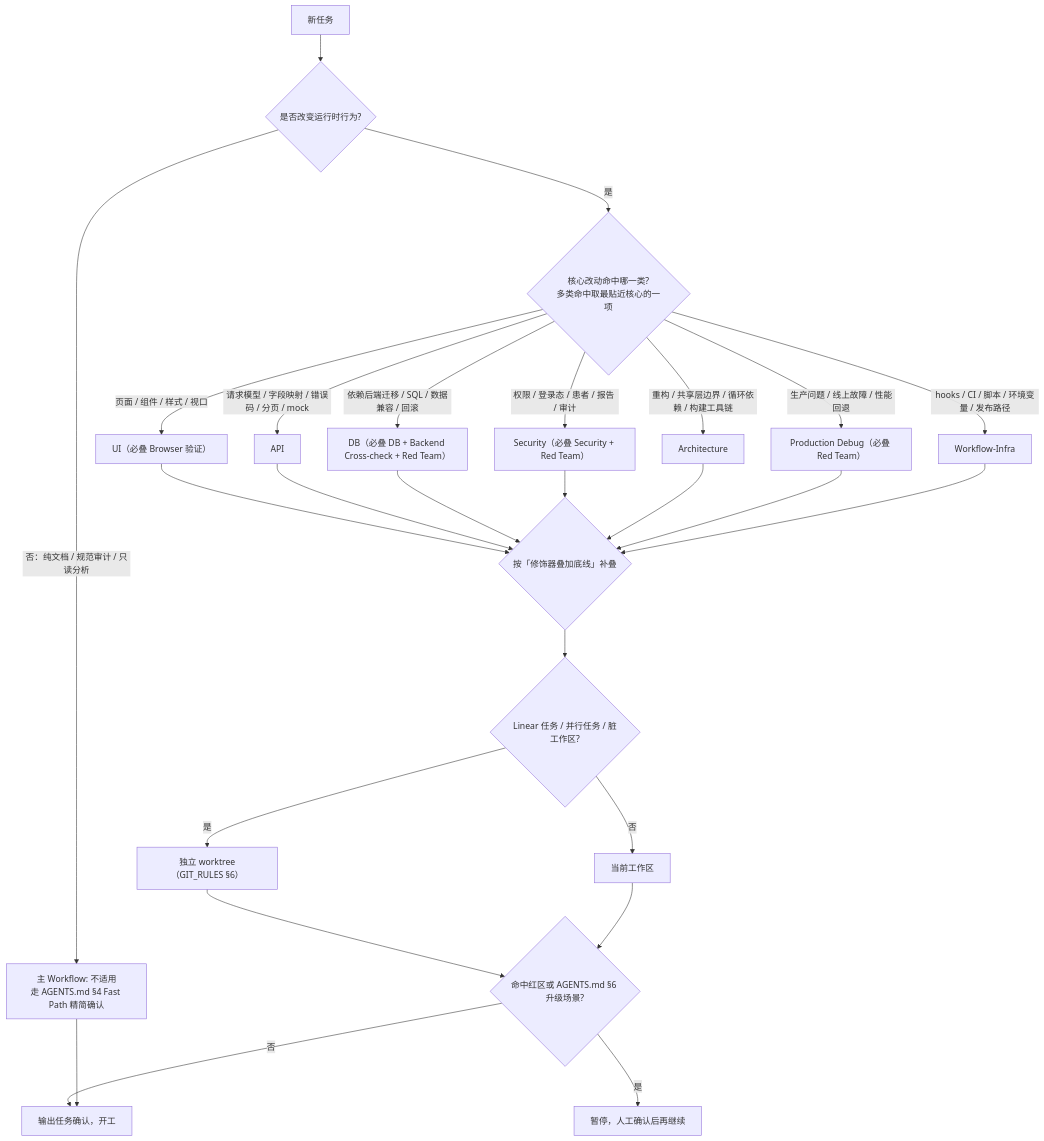
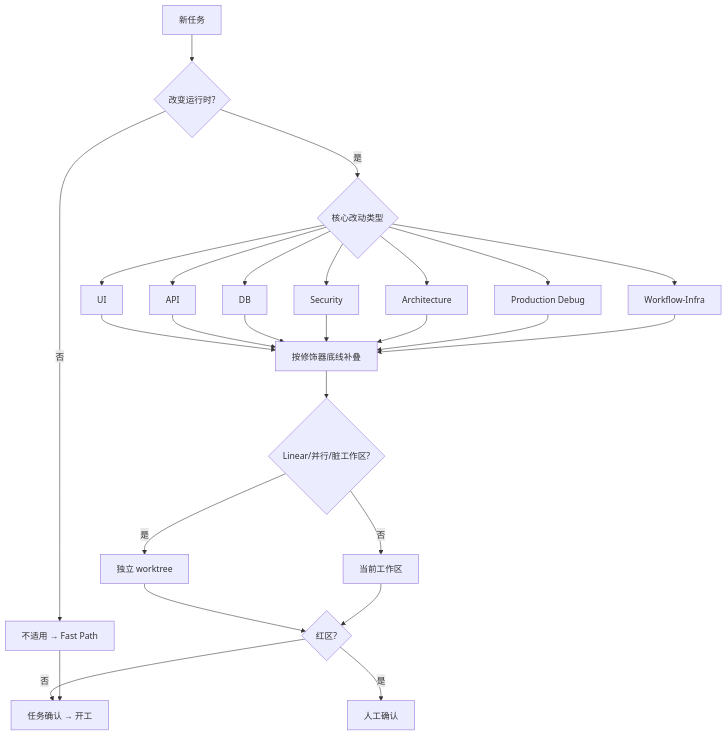
One commit to shiyuan17/SYBaseProjectWeb changed the diagram in docs/rules/DYNAMIC_WORKFLOW_RULES.md. Above: the diagram before and after it, drawn with Mermaid. The commit also changed other lines of this file and 41 other files, not shown here.

````diff
--- a/docs/rules/DYNAMIC_WORKFLOW_RULES.md
+++ b/docs/rules/DYNAMIC_WORKFLOW_RULES.md
@@ -76,28 +43,15 @@
 ```mermaid
 flowchart TD
-    START[新任务] --> Q1{是否改变运行时行为?}
-    Q1 -->|否：纯文档 / 规范审计 / 只读分析| FAST["主 Workflow: 不适用<br/>走 AGENTS.md §4 Fast Path 精简确认"]
-    Q1 -->|是| Q2{核心改动命中哪一类?<br/>多类命中取最贴近核心的一项}
-    Q2 -->|页面 / 组件 / 样式 / 视口| UI["UI（必叠 Browser 验证）"]
-    Q2 -->|请求模型 / 字段映射 / 错误码 / 分页 / mock| API[API]
-    Q2 -->|依赖后端迁移 / SQL / 数据兼容 / 回滚| DB["DB（必叠 DB + Backend Cross-check + Red Team）"]
-    Q2 -->|权限 / 登录态 / 患者 / 报告 / 审计| SEC["Security（必叠 Security + Red Team）"]
-    Q2 -->|重构 / 共享层边界 / 循环依赖 / 构建工具链| ARCH[Architecture]
-    Q2 -->|生产问题 / 线上故障 / 性能回退| PROD["Production Debug（必叠 Red Team）"]
-    Q2 -->|hooks / CI / 脚本 / 环境变量 / 发布路径| INFRA[Workflow-Infra]
-    UI --> MOD{按「修饰器叠加底线」补叠}
-    API --> MOD
-    DB --> MOD
-    SEC --> MOD
-    ARCH --> MOD
-    PROD --> MOD
-    INFRA --> MOD
-    MOD --> Q3{Linear 任务 / 并行任务 / 脏工作区?}
-    Q3 -->|是| WT["独立 worktree（GIT_RULES §6）"]
+    START[新任务] --> Q1{改变运行时?}
+    Q1 -->|否| FAST[不适用 → Fast Path]
+    Q1 -->|是| Q2{核心改动类型}
+    Q2 --> UI[UI] & API[API] & DB[DB] & SEC[Security] & ARCH[Architecture] & PROD[Production Debug] & INFRA[Workflow-Infra]
+    UI & API & DB & SEC & ARCH & PROD & INFRA --> MOD[按修饰器底线补叠]
+    MOD --> Q3{Linear/并行/脏工作区?}
+    Q3 -->|是| WT[独立 worktree]
     Q3 -->|否| MAIN[当前工作区]
-    WT --> Q4{命中红区或 AGENTS.md §6 升级场景?}
-    MAIN --> Q4
-    Q4 -->|是| HUMAN[暂停，人工确认后再继续]
-    Q4 -->|否| GO[输出任务确认，开工]
+    WT & MAIN --> Q4{红区?}
+    Q4 -->|是| HUMAN[人工确认]
+    Q4 -->|否| GO[任务确认 → 开工]
     FAST --> GO
 ```
````
